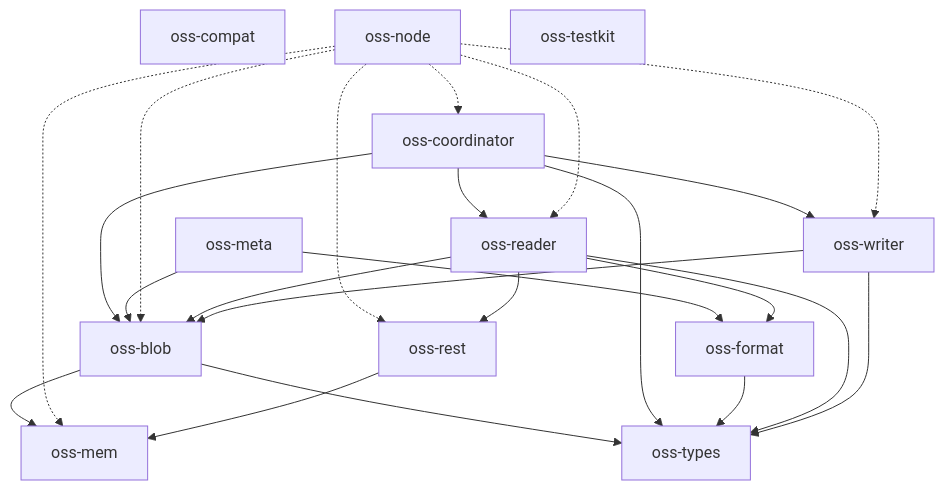
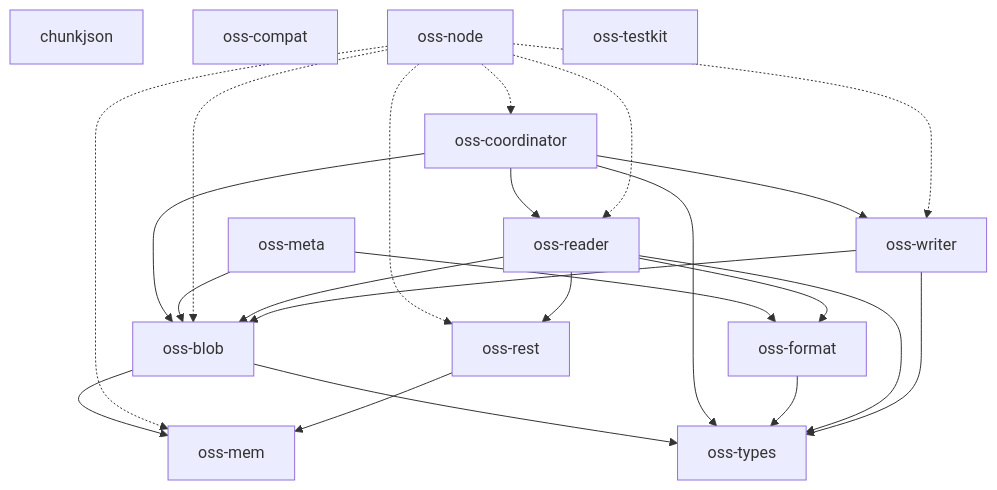
One commit to huyz0/opensearch-serverless changed the diagram in docs/architecture.md. Above: the diagram before and after it, drawn with Mermaid. The commit also changed 34 other files, not shown here.

````diff
--- a/docs/architecture.md
+++ b/docs/architecture.md
@@ -10,29 +10,30 @@
 ```mermaid
 graph TD
+    chunkjson
     oss-blob --> oss-mem
     oss-blob --> oss-types
     oss-compat
     oss-coordinator --> oss-blob
     oss-coordinator --> oss-reader
     oss-coordinator --> oss-types
     oss-coordinator --> oss-writer
     oss-format --> oss-types
     oss-mem
     oss-meta --> oss-blob
     oss-meta --> oss-format
     oss-node -.-> oss-blob
     oss-node -.-> oss-coordinator
     oss-node -.-> oss-mem
     oss-node -.-> oss-reader
     oss-node -.-> oss-rest
     oss-node -.-> oss-writer
     oss-reader --> oss-blob
     oss-reader --> oss-format
     oss-reader --> oss-rest
     oss-reader --> oss-types
     oss-rest --> oss-mem
     oss-testkit
     oss-types
     oss-writer --> oss-blob
     oss-writer --> oss-types
 ```
````
